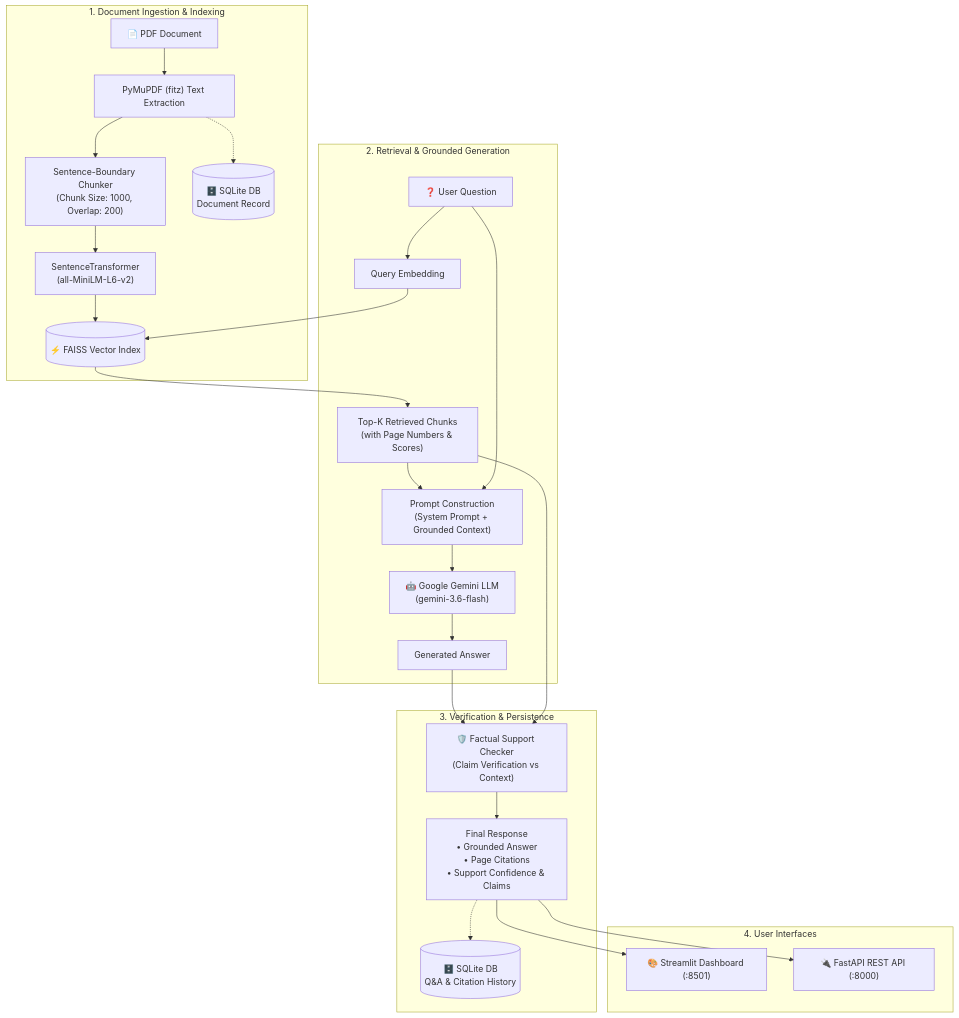
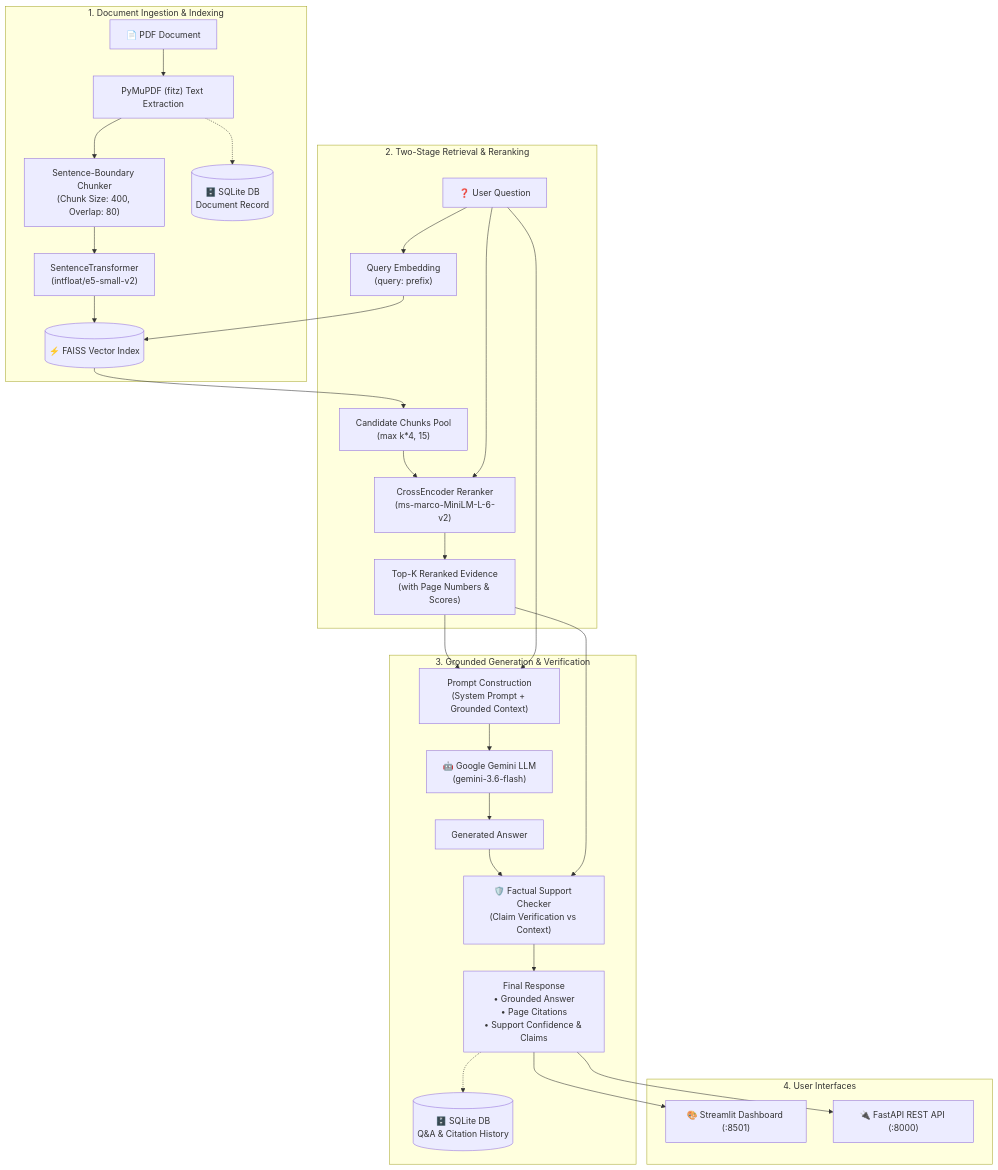
The diagram in README.md (chithrithamk/VeriDoc), drawn with Mermaid before and after one commit. The commit also changed other lines of this file and 11 other files, not shown here.

````diff
--- a/README.md
+++ b/README.md
@@ -40,32 +40,35 @@
 ```mermaid
 flowchart TD
     subgraph Ingestion["1. Document Ingestion & Indexing"]
         PDF["📄 PDF Document"] --> Extractor["PyMuPDF (fitz) Text Extraction"]
-        Extractor --> Chunker["Sentence-Boundary Chunker\n(Chunk Size: 1000, Overlap: 200)"]
-        Chunker --> Embedder["SentenceTransformer\n(all-MiniLM-L6-v2)"]
+        Extractor --> Chunker["Sentence-Boundary Chunker\n(Chunk Size: 400, Overlap: 80)"]
+        Chunker --> Embedder["SentenceTransformer\n(intfloat/e5-small-v2)"]
         Embedder --> FAISS[("⚡ FAISS Vector Index")]
         Extractor -.-> DocRecord[("🗄️ SQLite DB\nDocument Record")]
     end
 
-    subgraph Query["2. Retrieval & Grounded Generation"]
-        UserQ["❓ User Question"] --> QEmbed["Query Embedding"]
+    subgraph Query["2. Two-Stage Retrieval & Reranking"]
+        UserQ["❓ User Question"] --> QEmbed["Query Embedding\n(query: prefix)"]
         QEmbed --> FAISS
-        FAISS --> TopK["Top-K Retrieved Chunks\n(with Page Numbers & Scores)"]
+        FAISS --> CandidatePool["Candidate Chunks Pool\n(max k*4, 15)"]
+        CandidatePool --> Reranker["CrossEncoder Reranker\n(ms-marco-MiniLM-L-6-v2)"]
+        UserQ --> Reranker
+        Reranker --> TopK["Top-K Reranked Evidence\n(with Page Numbers & Scores)"]
+    end
+
+    subgraph Generation["3. Grounded Generation & Verification"]
         TopK --> PromptEngine["Prompt Construction\n(System Prompt + Grounded Context)"]
         UserQ --> PromptEngine
         PromptEngine --> Gemini["🤖 Google Gemini LLM\n(gemini-3.6-flash)"]
         Gemini --> RawAnswer["Generated Answer"]
-    end
-
-    subgraph Verification["3. Verification & Persistence"]
         RawAnswer --> SupportChecker["🛡️ Factual Support Checker\n(Claim Verification vs Context)"]
         TopK --> SupportChecker
         SupportChecker --> VerifiedPayload["Final Response\n• Grounded Answer\n• Page Citations\n• Support Confidence & Claims"]
         VerifiedPayload -.-> QRecord[("🗄️ SQLite DB\nQ&A & Citation History")]
     end
 
     subgraph Interfaces["4. User Interfaces"]
         VerifiedPayload --> Streamlit["🎨 Streamlit Dashboard (:8501)"]
         VerifiedPayload --> FastAPI["🔌 FastAPI REST API (:8000)"]
     end
 ```
````
